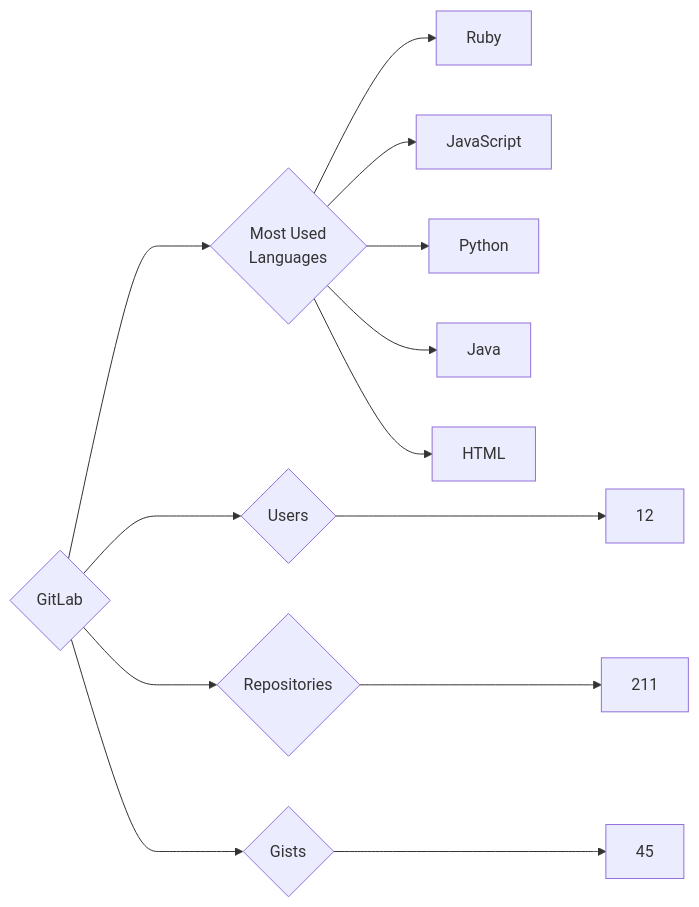
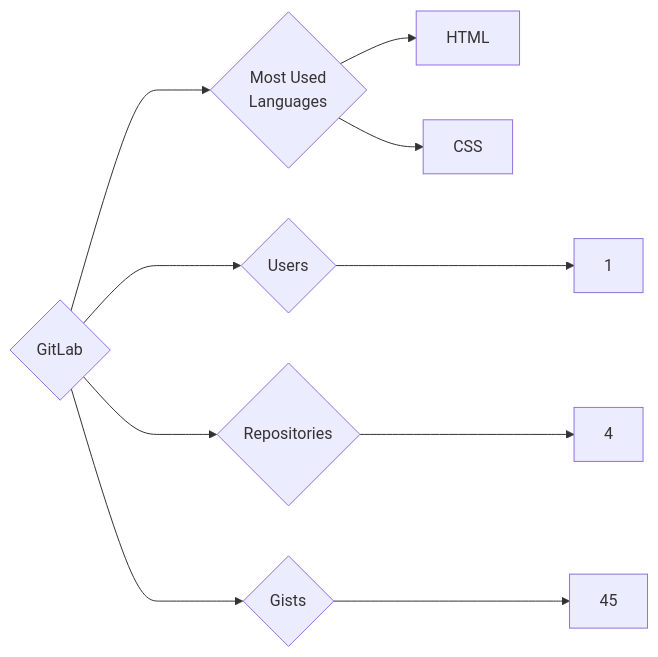
The diagram in targets/GitLab/README.md (trickest/insiders), drawn with Mermaid before and after one commit. The commit also changed 891 other files, not shown here.

````diff
--- a/targets/GitLab/README.md
+++ b/targets/GitLab/README.md
@@ -3,13 +3,10 @@
 ```mermaid
 graph LR
 COMPANY_NAME{GitLab}
-COMPANY_NAME ---> U{Users} ---> UN[12]
-COMPANY_NAME ---> R{Repositories} ---> RN[211]
+COMPANY_NAME ---> U{Users} ---> UN[1]
+COMPANY_NAME ---> R{Repositories} ---> RN[4]
 COMPANY_NAME ---> G{Gists} ---> GN[45]
 COMPANY_NAME ---> ML{Most Used<br>Languages}
-ML --> Ruby[Ruby]
-ML --> JavaScript[JavaScript]
-ML --> Python[Python]
-ML --> Java[Java]
 ML --> HTML[HTML]
+ML --> CSS[CSS]
 ```
````
